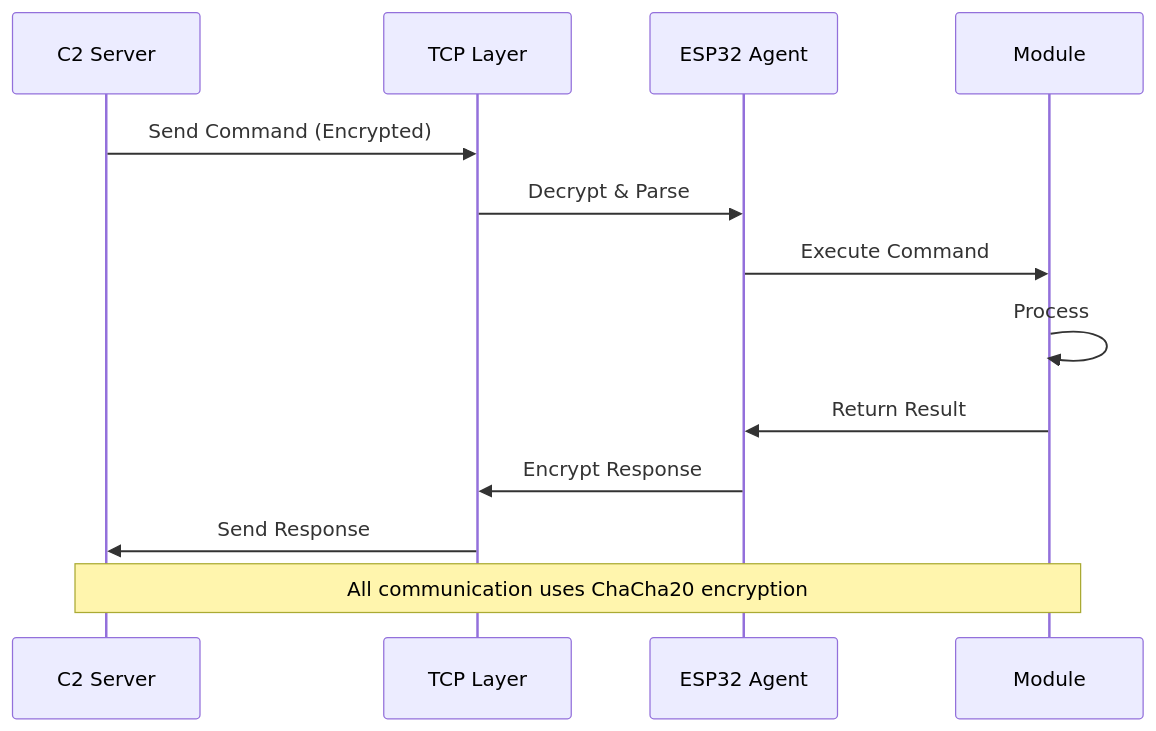
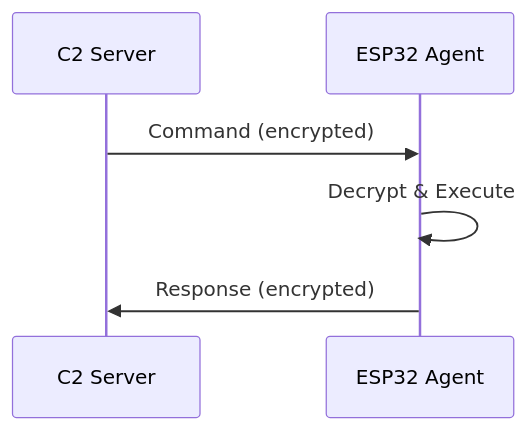
One commit to Espilon-Net/espilon-docs changed the third of 7 diagrams in docs/getting-started/architecture.md. Above: the diagram before and after it, drawn with Mermaid. The commit also changed other lines of this file and 12 other files, not shown here.

````diff
--- a/docs/getting-started/architecture.md
+++ b/docs/getting-started/architecture.md
@@ -72,17 +105,9 @@
 ```mermaid
 sequenceDiagram
     participant C2 as C2 Server
-    participant TCP as TCP Layer
     participant ESP as ESP32 Agent
-    participant MOD as Module
 
-    C2->>TCP: Send Command (Encrypted)
-    TCP->>ESP: Decrypt & Parse
-    ESP->>MOD: Execute Command
-    MOD->>MOD: Process
-    MOD->>ESP: Return Result
-    ESP->>TCP: Encrypt Response
-    TCP->>C2: Send Response
-
-    Note over C2,MOD: All communication uses ChaCha20 encryption
+    C2->>ESP: Command (encrypted)
+    ESP->>ESP: Decrypt & Execute
+    ESP->>C2: Response (encrypted)
 ```
````
